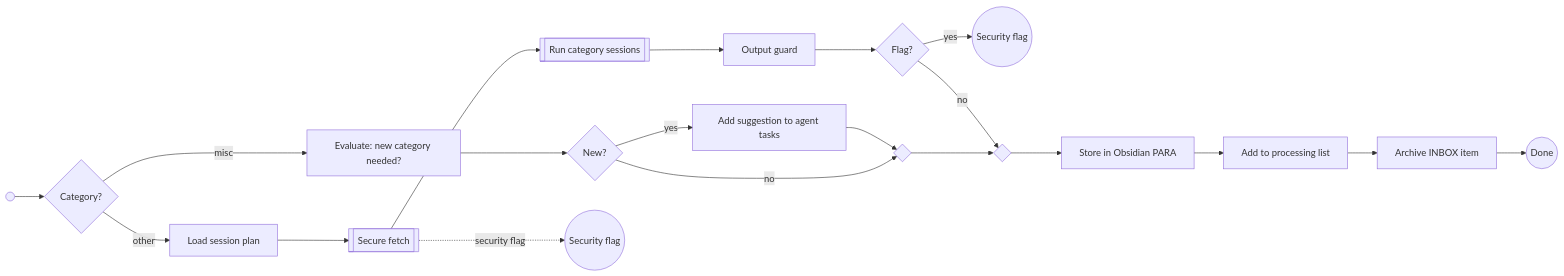
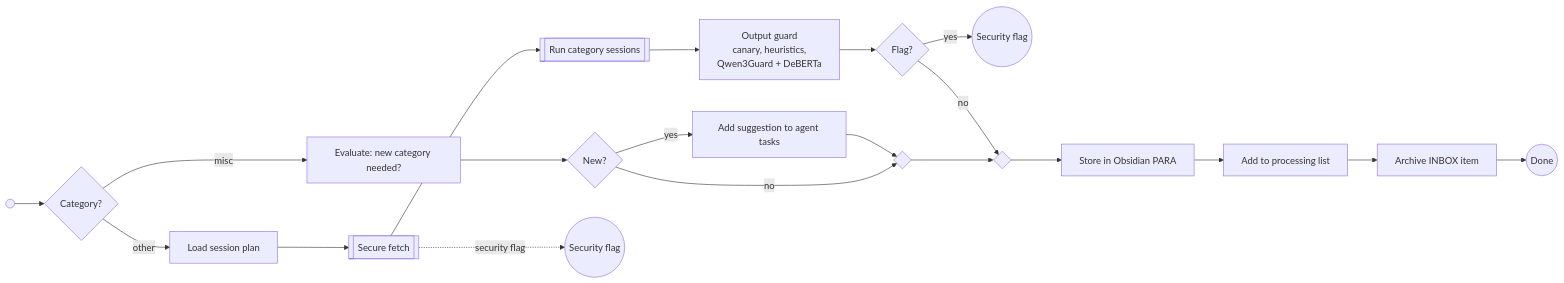
Before and after one commit to zskreisz01/pkpipe: the diagram in docs/process/process-other-resource.md, drawn with Mermaid. The commit also changed other lines of this file and 113 other files, not shown here.

First line of the commit message:
feat(security): output guard and quarantine with Qwen3Guard + DeBERTa classifiers (T001-T007, T010)

````diff
--- a/docs/process/process-other-resource.md
+++ b/docs/process/process-other-resource.md
@@ -12,12 +12,12 @@
 ```mermaid
 flowchart LR
     s(( )) --> gc{Category?}
     gc -- misc --> ev[Evaluate: new category needed?] --> gn{New?}
     gn -- yes --> ac[Add suggestion to agent tasks] --> m1{ }
     gn -- no --> m1
-    gc -- other --> plan[Load session plan] --> sf[[Secure fetch]] --> rs[[Run category sessions]] --> og[Output guard] --> g2{Flag?}
+    gc -- other --> plan[Load session plan] --> sf[[Secure fetch]] --> rs[[Run category sessions]] --> og[Output guard<br/>canary, heuristics,<br/>Qwen3Guard + DeBERTa] --> g2{Flag?}
     sf -. security flag .-> x1((Security flag))
     g2 -- yes --> x2((Security flag))
     g2 -- no --> m2{ }
     m1 --> m2 --> so[Store in Obsidian PARA] --> al[Add to processing list] --> ar[Archive INBOX item] --> e((Done))
 ```
````
